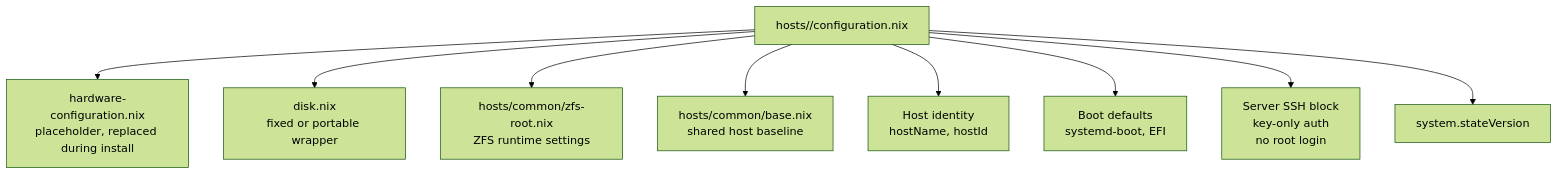
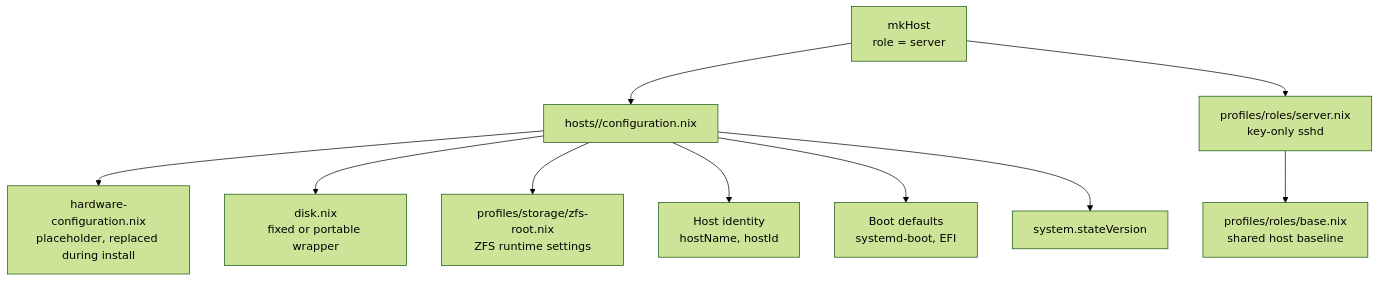
The third of 8 diagrams in docs/server-configuration-route.md (axler8r/nixotic), drawn with Mermaid (forest theme) before and after one commit. The commit also changed other lines of this file and 5 other files, not shown here.

First line of the commit message:
docs(host): describe profiles/ layout and mkHost role injection

````diff
--- a/docs/server-configuration-route.md
+++ b/docs/server-configuration-route.md
@@ -152,23 +152,25 @@
 ```mermaid
 flowchart TD
     HostConfig["hosts/<hostname>/configuration.nix"]
     Hardware["hardware-configuration.nix\nplaceholder, replaced during install"]
     DiskWrapper["disk.nix\nfixed or portable wrapper"]
-    ZfsRoot["hosts/common/zfs-root.nix\nZFS runtime settings"]
-    Base["hosts/common/base.nix\nshared host baseline"]
+    ZfsRoot["profiles/storage/zfs-root.nix\nZFS runtime settings"]
+    MkHost["mkHost\nrole = server"]
+    Server["profiles/roles/server.nix\nkey-only sshd"]
+    Base["profiles/roles/base.nix\nshared host baseline"]
 
     Identity["Host identity\nhostName, hostId"]
     Boot["Boot defaults\nsystemd-boot, EFI"]
-    SSH["Server SSH block\nkey-only auth\nno root login"]
     State["system.stateVersion"]
 
     HostConfig --> Hardware
     HostConfig --> DiskWrapper
     HostConfig --> ZfsRoot
-    HostConfig --> Base
+    MkHost --> HostConfig
+    MkHost --> Server
+    Server --> Base
 
     HostConfig --> Identity
     HostConfig --> Boot
-    HostConfig --> SSH
     HostConfig --> State
 ```
````
